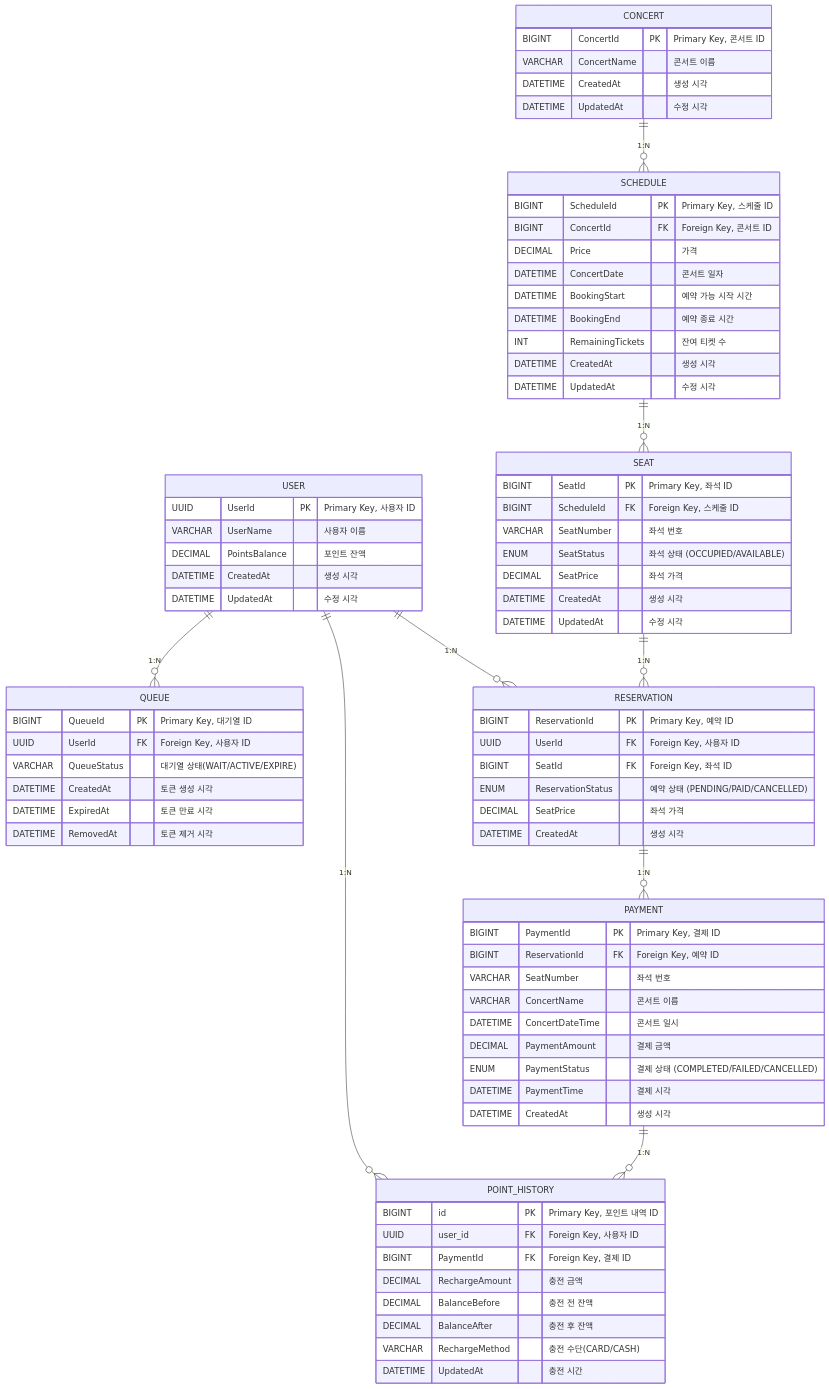
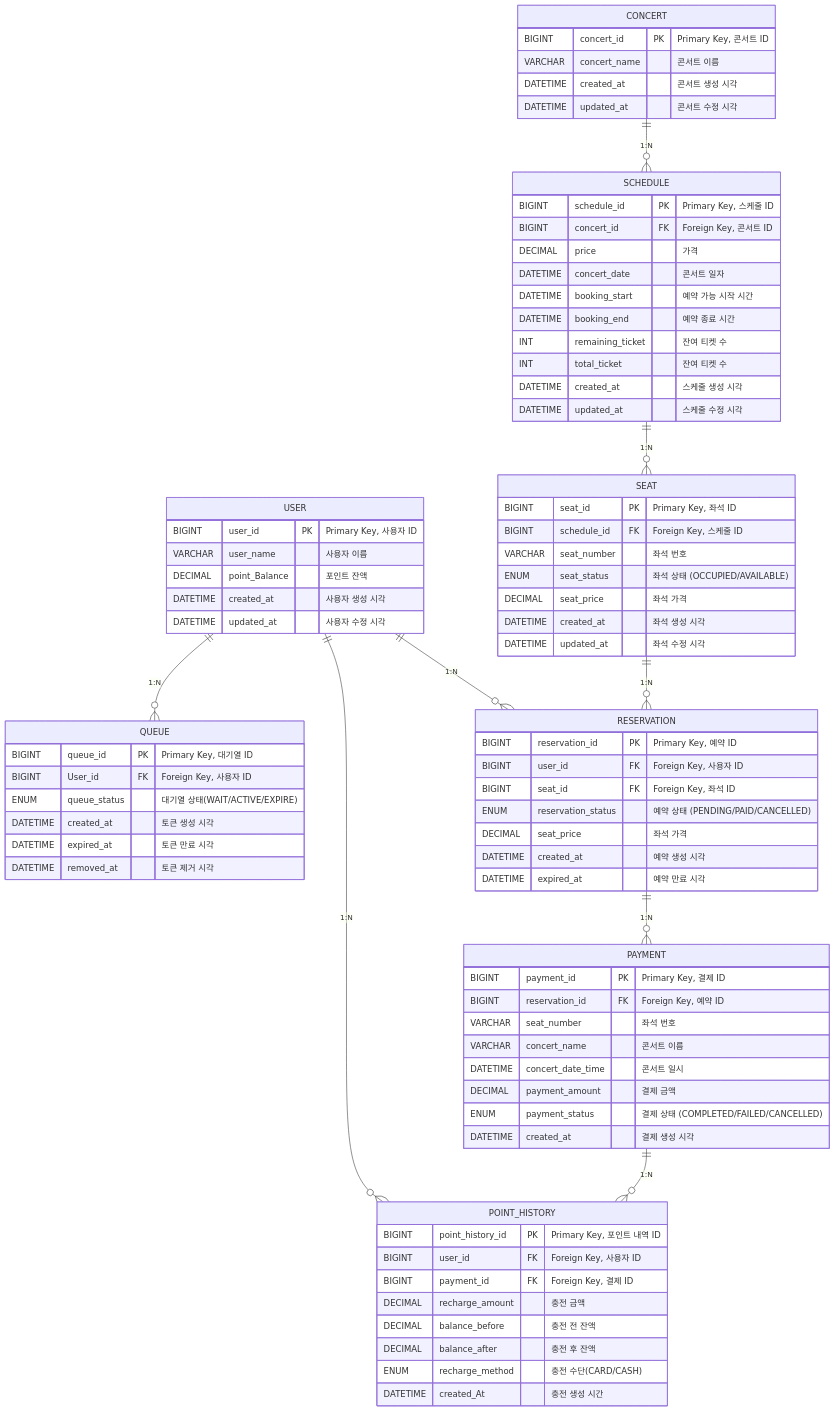
One commit to hwajinkim/concert-reserv-service changed the diagram in docs/erd/ERD.md. Above: the diagram before and after it, drawn with Mermaid.

```diff
--- a/docs/erd/ERD.md
+++ b/docs/erd/ERD.md
@@ -6,74 +6,75 @@
 ---
 erDiagram
     USER {
-        UUID UserId PK "Primary Key, 사용자 ID"
-        VARCHAR UserName "사용자 이름"
-        DECIMAL PointsBalance "포인트 잔액"
-        DATETIME CreatedAt "생성 시각"
-        DATETIME UpdatedAt "수정 시각"
+        BIGINT user_id PK "Primary Key, 사용자 ID"
+        VARCHAR user_name "사용자 이름"
+        DECIMAL point_Balance "포인트 잔액"
+        DATETIME created_at "사용자 생성 시각"
+        DATETIME updated_at "사용자 수정 시각"
     }
     POINT_HISTORY{
-        BIGINT id PK "Primary Key, 포인트 내역 ID"
-        UUID user_id FK "Foreign Key, 사용자 ID"
-        BIGINT PaymentId FK "Foreign Key, 결제 ID"
-        DECIMAL RechargeAmount "충전 금액"
-        DECIMAL BalanceBefore "충전 전 잔액"
-        DECIMAL BalanceAfter "충전 후 잔액"
-        VARCHAR RechargeMethod "충전 수단(CARD/CASH)"
-        DATETIME UpdatedAt "충전 시간"
+        BIGINT point_history_id PK "Primary Key, 포인트 내역 ID"
+        BIGINT user_id FK "Foreign Key, 사용자 ID"
+        BIGINT payment_id FK "Foreign Key, 결제 ID"
+        DECIMAL recharge_amount "충전 금액"
+        DECIMAL balance_before "충전 전 잔액"
+        DECIMAL balance_after "충전 후 잔액"
+        ENUM recharge_method "충전 수단(CARD/CASH)"
+        DATETIME created_At "충전 생성 시간"
     }
     QUEUE {
-        BIGINT QueueId PK "Primary Key, 대기열 ID"
-        UUID UserId FK "Foreign Key, 사용자 ID"
-        VARCHAR QueueStatus "대기열 상태(WAIT/ACTIVE/EXPIRE)"
-        DATETIME CreatedAt "토큰 생성 시각"
-        DATETIME ExpiredAt "토큰 만료 시각"
-        DATETIME RemovedAt "토큰 제거 시각"
+        BIGINT queue_id PK "Primary Key, 대기열 ID"
+        BIGINT User_id FK "Foreign Key, 사용자 ID"
+        ENUM queue_status "대기열 상태(WAIT/ACTIVE/EXPIRE)"
+        DATETIME created_at "토큰 생성 시각"
+        DATETIME expired_at "토큰 만료 시각"
+        DATETIME removed_at "토큰 제거 시각"
     }
     CONCERT {
-        BIGINT ConcertId PK "Primary Key, 콘서트 ID"
-        VARCHAR ConcertName "콘서트 이름"
-        DATETIME CreatedAt "생성 시각"
-        DATETIME UpdatedAt "수정 시각"
+        BIGINT concert_id PK "Primary Key, 콘서트 ID"
+        VARCHAR concert_name "콘서트 이름"
+        DATETIME created_at "콘서트 생성 시각"
+        DATETIME updated_at "콘서트 수정 시각"
     }
     SCHEDULE {
-        BIGINT ScheduleId PK "Primary Key, 스케줄 ID"
-        BIGINT ConcertId FK "Foreign Key, 콘서트 ID"
-        DECIMAL Price "가격"
-        DATETIME ConcertDate "콘서트 일자"
-        DATETIME BookingStart "예약 가능 시작 시간"
-        DATETIME BookingEnd "예약 종료 시간"
-        INT RemainingTickets "잔여 티켓 수"
-        DATETIME CreatedAt "생성 시각"
-        DATETIME UpdatedAt "수정 시각"
+        BIGINT schedule_id PK "Primary Key, 스케줄 ID"
+        BIGINT concert_id FK "Foreign Key, 콘서트 ID"
+        DECIMAL price "가격"
+        DATETIME concert_date "콘서트 일자"
+        DATETIME booking_start "예약 가능 시작 시간"
+        DATETIME booking_end "예약 종료 시간"
+        INT remaining_ticket "잔여 티켓 수"
+        INT total_ticket "잔여 티켓 수"
+        DATETIME created_at "스케줄 생성 시각"
+        DATETIME updated_at "스케줄 수정 시각"
     }
     SEAT {
-        BIGINT SeatId PK "Primary Key, 좌석 ID"
-        BIGINT ScheduleId FK "Foreign Key, 스케줄 ID"
-        VARCHAR SeatNumber "좌석 번호"
-        ENUM SeatStatus "좌석 상태 (OCCUPIED/AVAILABLE)"
-        DECIMAL SeatPrice "좌석 가격"
-        DATETIME CreatedAt "생성 시각"
-        DATETIME UpdatedAt "수정 시각"
+        BIGINT seat_id PK "Primary Key, 좌석 ID"
+        BIGINT schedule_id FK "Foreign Key, 스케줄 ID"
+        VARCHAR seat_number "좌석 번호"
+        ENUM seat_status "좌석 상태 (OCCUPIED/AVAILABLE)"
+        DECIMAL seat_price "좌석 가격"
+        DATETIME created_at "좌석 생성 시각"
+        DATETIME updated_at "좌석 수정 시각"
     }
     RESERVATION {
-        BIGINT ReservationId PK "Primary Key, 예약 ID"
-        UUID UserId FK "Foreign Key, 사용자 ID"
-        BIGINT SeatId FK "Foreign Key, 좌석 ID"
-        ENUM ReservationStatus "예약 상태 (PENDING/PAID/CANCELLED)"
-        DECIMAL SeatPrice "좌석 가격"
-        DATETIME CreatedAt "생성 시각"
+        BIGINT reservation_id PK "Primary Key, 예약 ID"
+        BIGINT user_id FK "Foreign Key, 사용자 ID"
+        BIGINT seat_id FK "Foreign Key, 좌석 ID"
+        ENUM reservation_status "예약 상태 (PENDING/PAID/CANCELLED)"
+        DECIMAL seat_price "좌석 가격"
+        DATETIME created_at "예약 생성 시각"
+        DATETIME expired_at "예약 만료 시각"
     }
     PAYMENT {
-        BIGINT PaymentId PK "Primary Key, 결제 ID"
-        BIGINT ReservationId FK "Foreign Key, 예약 ID"
-        VARCHAR SeatNumber "좌석 번호"
-        VARCHAR ConcertName "콘서트 이름"
-        DATETIME ConcertDateTime "콘서트 일시"
-        DECIMAL PaymentAmount "결제 금액"
-        ENUM PaymentStatus "결제 상태 (COMPLETED/FAILED/CANCELLED)"
-        DATETIME PaymentTime "결제 시각"
-        DATETIME CreatedAt "생성 시각"
+        BIGINT payment_id PK "Primary Key, 결제 ID"
+        BIGINT reservation_id FK "Foreign Key, 예약 ID"
+        VARCHAR seat_number "좌석 번호"
+        VARCHAR concert_name "콘서트 이름"
+        DATETIME concert_date_time "콘서트 일시"
+        DECIMAL payment_amount "결제 금액"
+        ENUM payment_status "결제 상태 (COMPLETED/FAILED/CANCELLED)"
+        DATETIME created_at "결제 생성 시각"
     }
     USER ||--o{ QUEUE : "1:N"
     USER ||--o{ POINT_HISTORY : "1:N"
```
